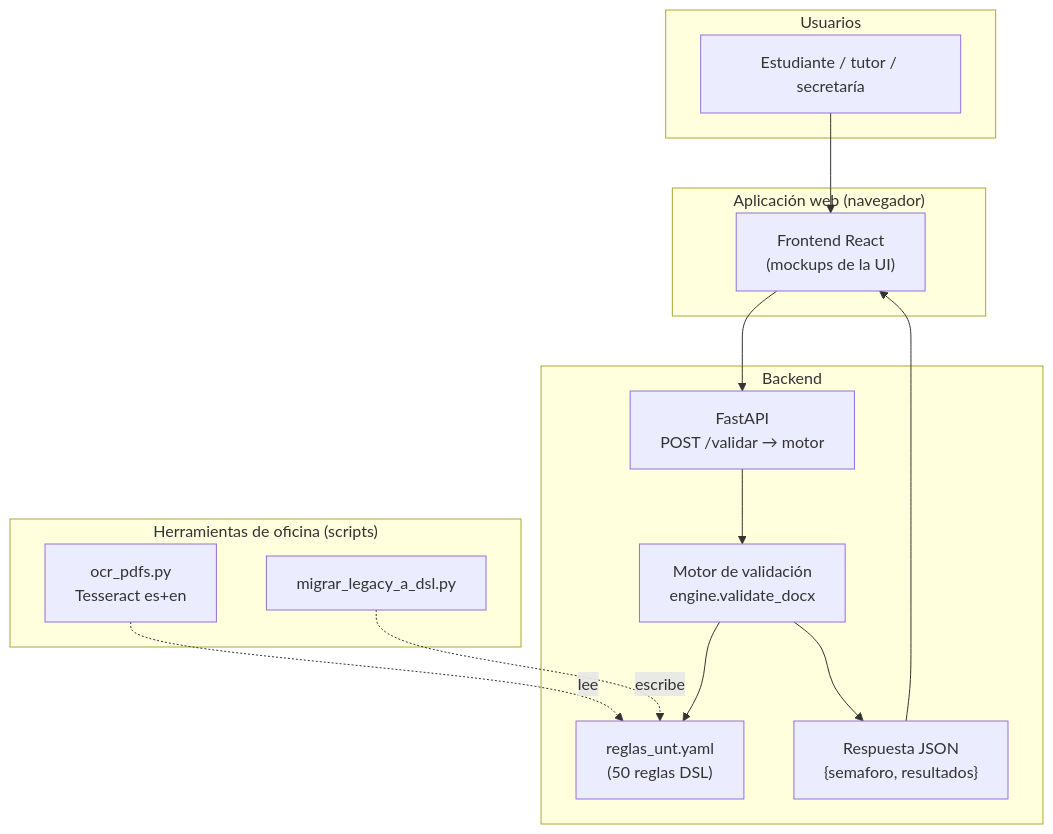
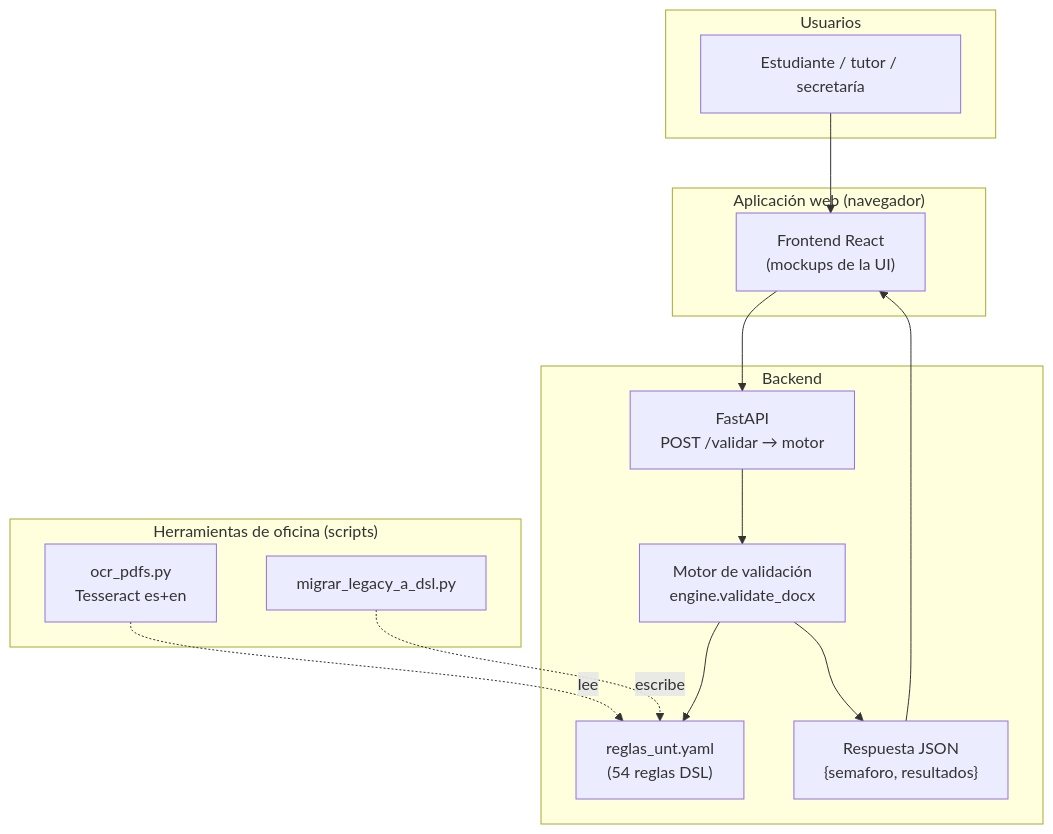
The second of 7 diagrams in docs/diseno/01_arq_motor.md (IvanSanchezSil/vistobueno), drawn with Mermaid before and after one commit. The commit also changed other lines of this file and 15 other files, not shown here.

````diff
--- a/docs/diseno/01_arq_motor.md
+++ b/docs/diseno/01_arq_motor.md
@@ -89,31 +89,31 @@
 ```mermaid
 flowchart TB
     subgraph USR["Usuarios"]
         EST["Estudiante / tutor / secretaría"]
     end
 
     subgraph WEB["Aplicación web (navegador)"]
         FR["Frontend React<br/>(mockups de la UI)"]
     end
 
     subgraph API_B["Backend"]
         FAPI["FastAPI<br/>POST /validar → motor"]
         SM["Motor de validación<br/>engine.validate_docx"]
-        REG["reglas_unt.yaml<br/>(50 reglas DSL)"]
+        REG["reglas_unt.yaml<br/>(54 reglas DSL)"]
         OUT["Respuesta JSON<br/>{semaforo, resultados}"]
     end
 
     subgraph OFF["Herramientas de oficina (scripts)"]
         OCR["ocr_pdfs.py<br/>Tesseract es+en"]
         MIG["migrar_legacy_a_dsl.py"]
     end
 
     EST --> FR
     FR --> FAPI
     FAPI --> SM
     SM --> REG
     SM --> OUT
     OUT --> FR
     OCR -. lee .-> REG
     MIG -. escribe .-> REG
 ```
````
